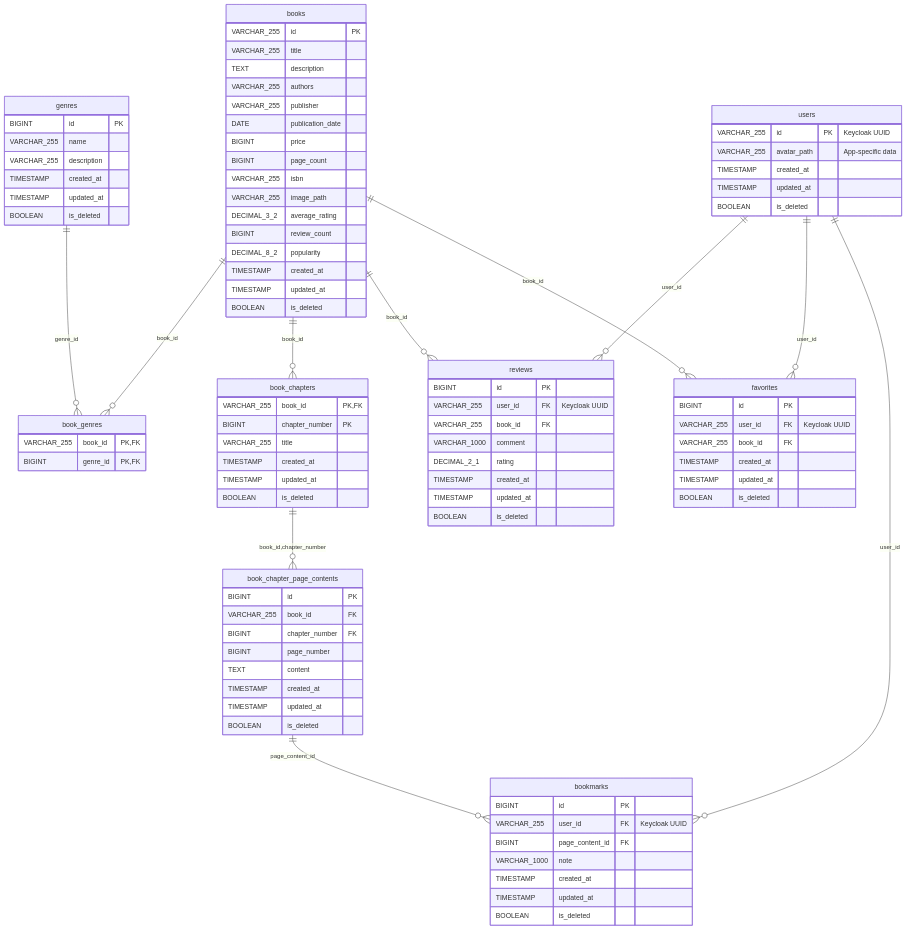
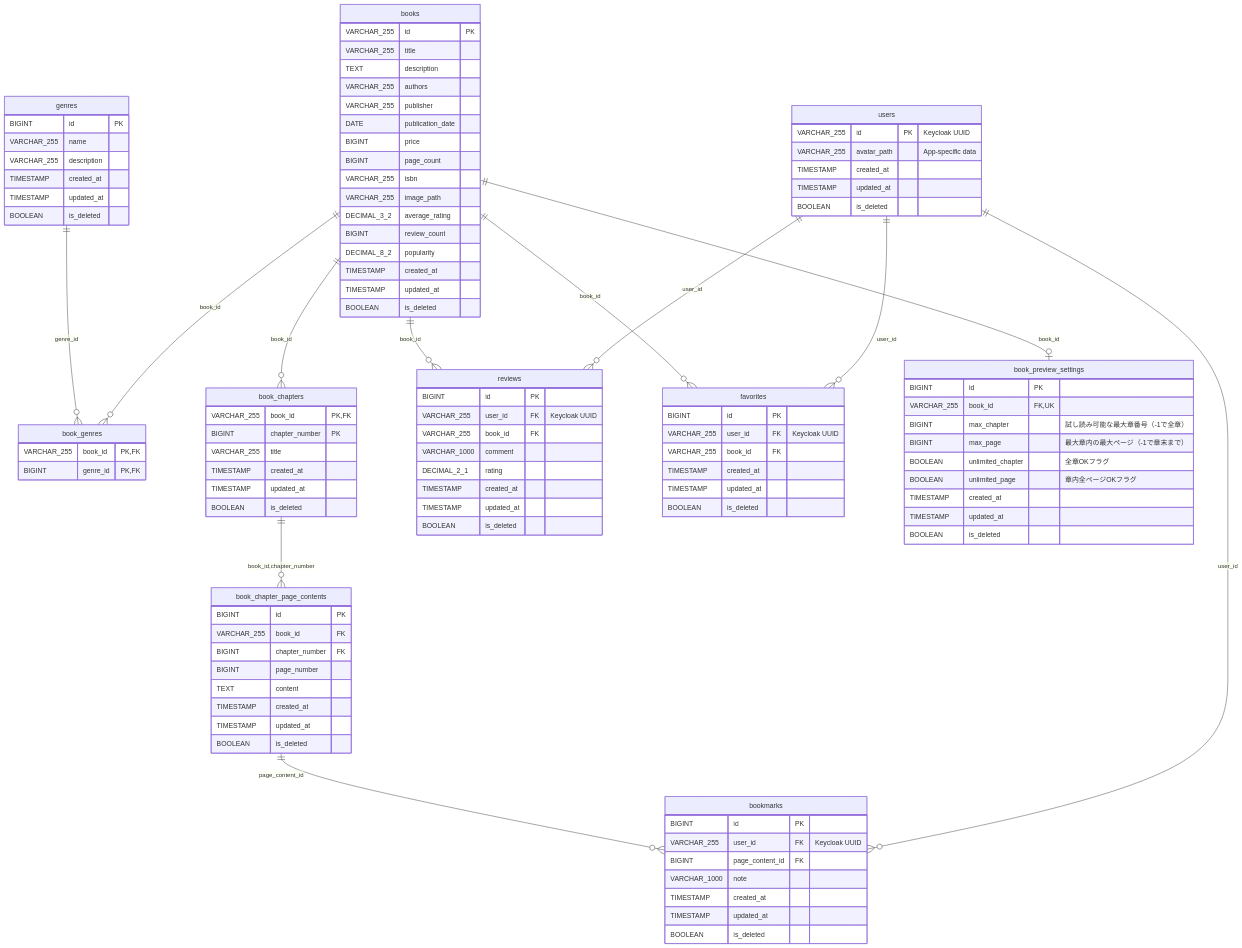
One commit to Ndia-R/my-books-api changed the diagram in db/ER図.mmd. Above: the diagram before and after it, drawn with Mermaid. The commit also changed 13 other files, not shown here.

```diff
--- a/db/ER図.mmd
+++ b/db/ER図.mmd
@@ -1,107 +1,121 @@
 erDiagram
     users {
         VARCHAR_255 id PK "Keycloak UUID"
         VARCHAR_255 avatar_path "App-specific data"
         TIMESTAMP created_at
         TIMESTAMP updated_at
         BOOLEAN is_deleted
     }
 
     books {
         VARCHAR_255 id PK
         VARCHAR_255 title
         TEXT description
         VARCHAR_255 authors
         VARCHAR_255 publisher
         DATE publication_date
         BIGINT price
         BIGINT page_count
         VARCHAR_255 isbn
         VARCHAR_255 image_path
         DECIMAL_3_2 average_rating
         BIGINT review_count
         DECIMAL_8_2 popularity
         TIMESTAMP created_at
         TIMESTAMP updated_at
         BOOLEAN is_deleted
     }
 
     genres {
         BIGINT id PK
         VARCHAR_255 name
         VARCHAR_255 description
         TIMESTAMP created_at
         TIMESTAMP updated_at
         BOOLEAN is_deleted
     }
 
     book_genres {
         VARCHAR_255 book_id PK,FK
         BIGINT genre_id PK,FK
     }
 
     book_chapters {
         VARCHAR_255 book_id PK,FK
         BIGINT chapter_number PK
         VARCHAR_255 title
         TIMESTAMP created_at
         TIMESTAMP updated_at
         BOOLEAN is_deleted
     }
 
     book_chapter_page_contents {
         BIGINT id PK
         VARCHAR_255 book_id FK
         BIGINT chapter_number FK
         BIGINT page_number
         TEXT content
         TIMESTAMP created_at
         TIMESTAMP updated_at
         BOOLEAN is_deleted
     }
 
     reviews {
         BIGINT id PK
         VARCHAR_255 user_id FK "Keycloak UUID"
         VARCHAR_255 book_id FK
         VARCHAR_1000 comment
         DECIMAL_2_1 rating
         TIMESTAMP created_at
         TIMESTAMP updated_at
         BOOLEAN is_deleted
     }
 
     favorites {
         BIGINT id PK
         VARCHAR_255 user_id FK "Keycloak UUID"
         VARCHAR_255 book_id FK
         TIMESTAMP created_at
         TIMESTAMP updated_at
         BOOLEAN is_deleted
     }
 
     bookmarks {
         BIGINT id PK
         VARCHAR_255 user_id FK "Keycloak UUID"
         BIGINT page_content_id FK
         VARCHAR_1000 note
         TIMESTAMP created_at
         TIMESTAMP updated_at
         BOOLEAN is_deleted
     }
 
+    book_preview_settings {
+        BIGINT id PK
+        VARCHAR_255 book_id FK,UK
+        BIGINT max_chapter "試し読み可能な最大章番号（-1で全章）"
+        BIGINT max_page "最大章内の最大ページ（-1で章末まで）"
+        BOOLEAN unlimited_chapter "全章OKフラグ"
+        BOOLEAN unlimited_page "章内全ページOKフラグ"
+        TIMESTAMP created_at
+        TIMESTAMP updated_at
+        BOOLEAN is_deleted
+    }
+
     %% リレーションシップ定義
     books ||--o{ book_genres : "book_id"
     genres ||--o{ book_genres : "genre_id"
 
     books ||--o{ book_chapters : "book_id"
     book_chapters ||--o{ book_chapter_page_contents : "book_id,chapter_number"
 
     users ||--o{ reviews : "user_id"
     books ||--o{ reviews : "book_id"
 
     users ||--o{ favorites : "user_id"
     books ||--o{ favorites : "book_id"
 
     users ||--o{ bookmarks : "user_id"
     book_chapter_page_contents ||--o{ bookmarks : "page_content_id"
+
+    books ||--o| book_preview_settings : "book_id"
```
